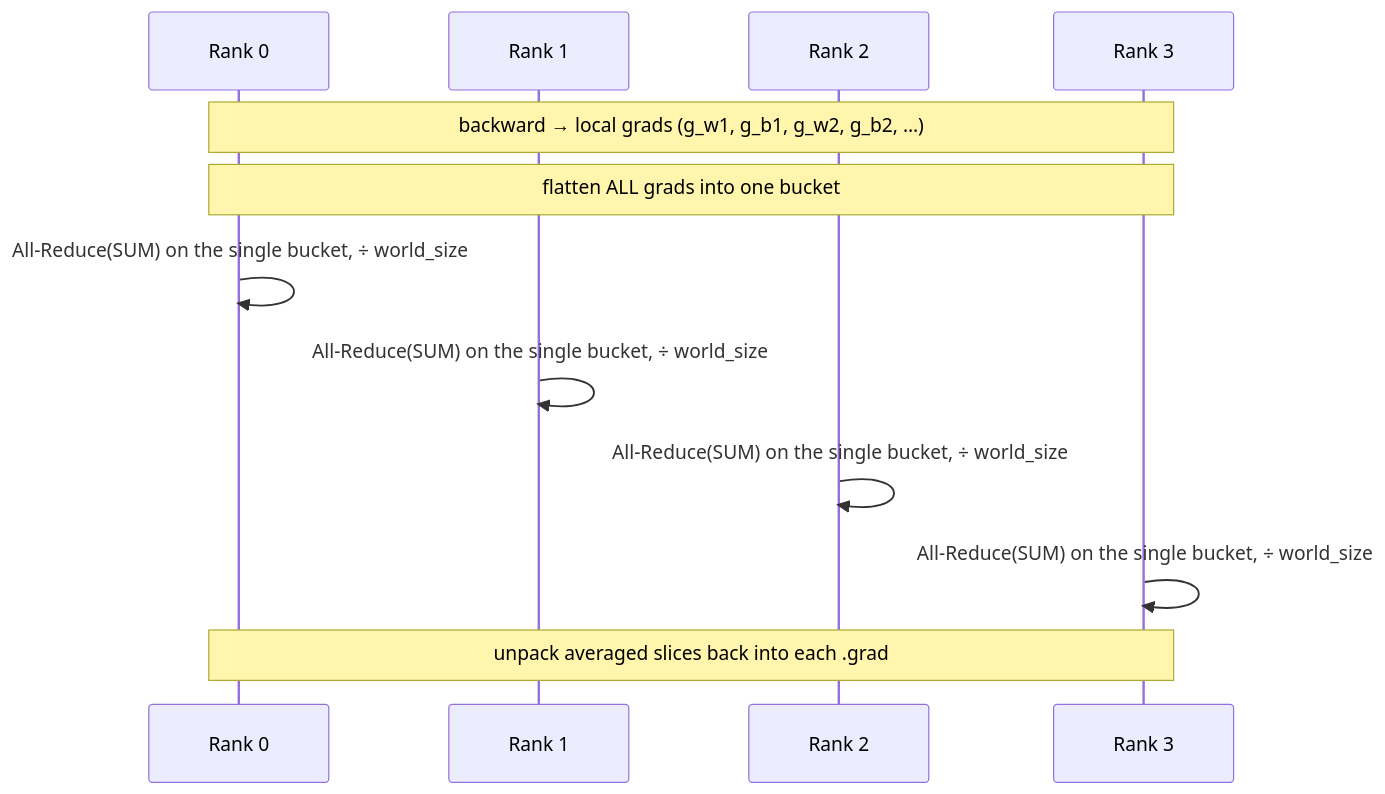
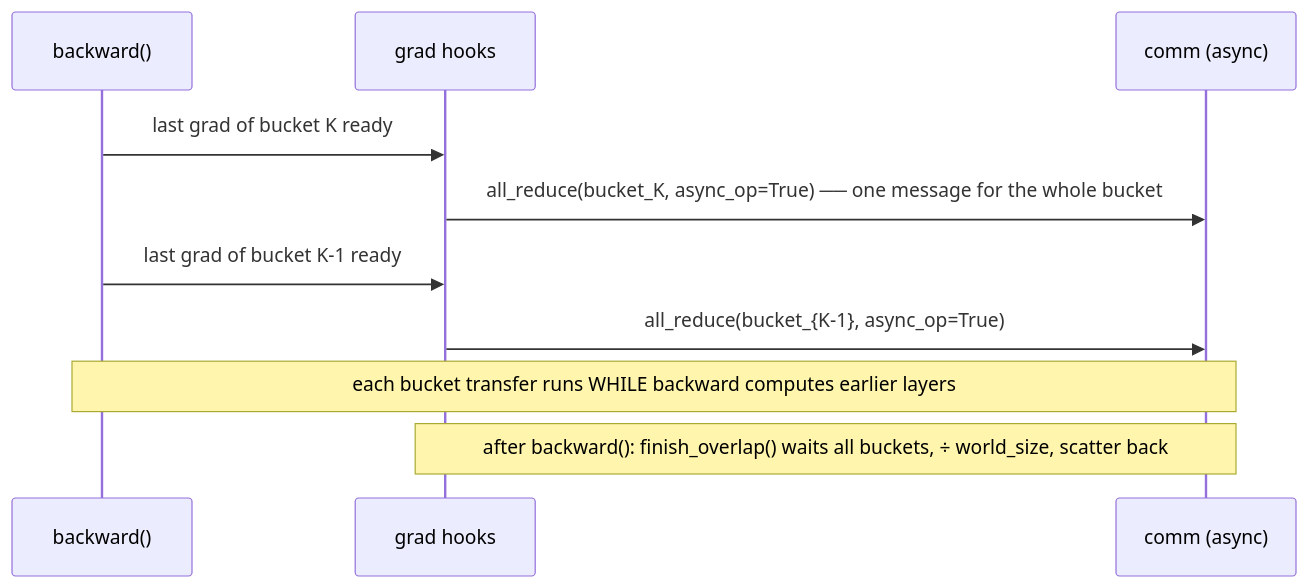
One commit to duoan/micro-trainer changed the diagram in 1_data_parallel/3_ddp_bucketing.md. Above: the diagram before and after it, drawn with Mermaid. The commit also changed other lines of this file and 18 other files, not shown here.

````diff
--- a/1_data_parallel/3_ddp_bucketing.md
+++ b/1_data_parallel/3_ddp_bucketing.md
@@ -28,15 +28,13 @@
 ```mermaid
 sequenceDiagram
-    participant R0 as Rank 0
-    participant R1 as Rank 1
-    participant R2 as Rank 2
-    participant R3 as Rank 3
+    participant BW as backward()
+    participant H as grad hooks
+    participant C as comm (async)
 
-    Note over R0,R3: backward → local grads (g_w1, g_b1, g_w2, g_b2, …)
-    Note over R0,R3: flatten ALL grads into one bucket
-    R0->>R0: All-Reduce(SUM) on the single bucket, ÷ world_size
-    R1->>R1: All-Reduce(SUM) on the single bucket, ÷ world_size
-    R2->>R2: All-Reduce(SUM) on the single bucket, ÷ world_size
-    R3->>R3: All-Reduce(SUM) on the single bucket, ÷ world_size
-    Note over R0,R3: unpack averaged slices back into each .grad
+    BW->>H: last grad of bucket K ready
+    H->>C: all_reduce(bucket_K, async_op=True)  ── one message for the whole bucket
+    BW->>H: last grad of bucket K-1 ready
+    H->>C: all_reduce(bucket_{K-1}, async_op=True)
+    Note over BW,C: each bucket transfer runs WHILE backward computes earlier layers
+    Note over H,C: after backward(): finish_overlap() waits all buckets, ÷ world_size, scatter back
 ```
````
